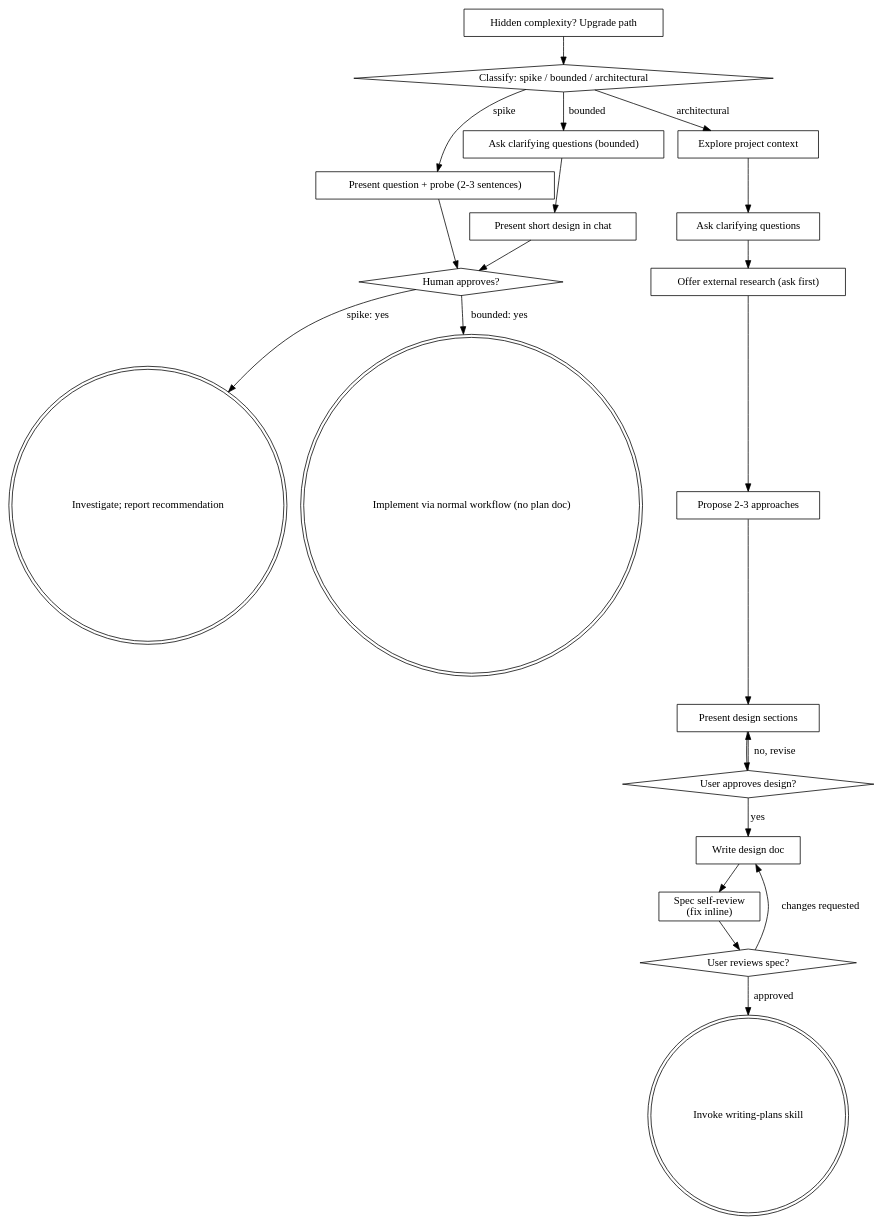
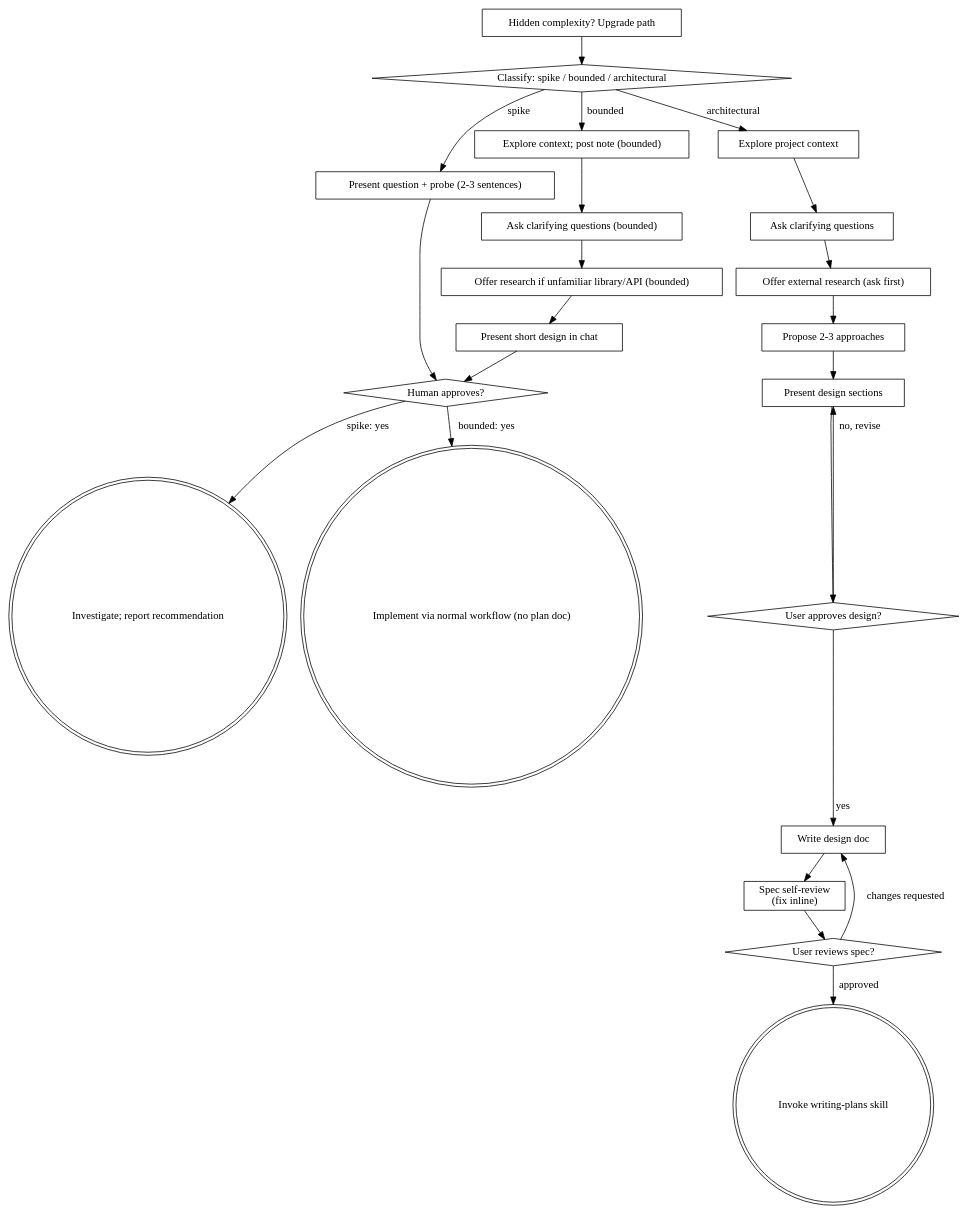
The diagram in skills/brainstorming/SKILL.md (phuongddx/text2prod), drawn with Graphviz before and after one commit. The commit also changed other lines of this file and 1 other file, not shown here.

Commit message:
Clarify brainstorming scope for intent.md, spikes, and the bounded flow

````diff
--- a/skills/brainstorming/SKILL.md
+++ b/skills/brainstorming/SKILL.md
@@ -148,43 +148,47 @@
 ```dot
 digraph brainstorming {
     "Classify: spike / bounded / architectural" [shape=diamond];
     "Present question + probe (2-3 sentences)" [shape=box];
     "Ask clarifying questions (bounded)" [shape=box];
+    "Explore context; post note (bounded)" [shape=box];
+    "Offer research if unfamiliar library/API (bounded)" [shape=box];
     "Present short design in chat" [shape=box];
     "Human approves?" [shape=diamond];
     "Investigate; report recommendation" [shape=doublecircle];
     "Implement via normal workflow (no plan doc)" [shape=doublecircle];
     "Explore project context" [shape=box];
     "Ask clarifying questions" [shape=box];
     "Offer external research (ask first)" [shape=box];
     "Propose 2-3 approaches" [shape=box];
     "Present design sections" [shape=box];
     "User approves design?" [shape=diamond];
     "Write design doc" [shape=box];
     "Spec self-review\n(fix inline)" [shape=box];
     "User reviews spec?" [shape=diamond];
     "Invoke writing-plans skill" [shape=doublecircle];
     "Hidden complexity? Upgrade path" [shape=box];
 
     "Classify: spike / bounded / architectural" -> "Present question + probe (2-3 sentences)" [label="spike"];
-    "Classify: spike / bounded / architectural" -> "Ask clarifying questions (bounded)" [label="bounded"];
+    "Classify: spike / bounded / architectural" -> "Explore context; post note (bounded)" [label="bounded"];
+    "Explore context; post note (bounded)" -> "Ask clarifying questions (bounded)";
     "Classify: spike / bounded / architectural" -> "Explore project context" [label="architectural"];
     "Present question + probe (2-3 sentences)" -> "Human approves?";
-    "Ask clarifying questions (bounded)" -> "Present short design in chat";
+    "Ask clarifying questions (bounded)" -> "Offer research if unfamiliar library/API (bounded)";
+    "Offer research if unfamiliar library/API (bounded)" -> "Present short design in chat";
     "Present short design in chat" -> "Human approves?";
     "Human approves?" -> "Investigate; report recommendation" [label="spike: yes"];
     "Human approves?" -> "Implement via normal workflow (no plan doc)" [label="bounded: yes"];
     "Hidden complexity? Upgrade path" -> "Classify: spike / bounded / architectural";
     "Explore project context" -> "Ask clarifying questions";
     "Ask clarifying questions" -> "Offer external research (ask first)";
     "Offer external research (ask first)" -> "Propose 2-3 approaches";
     "Propose 2-3 approaches" -> "Present design sections";
     "Present design sections" -> "User approves design?";
     "User approves design?" -> "Present design sections" [label="no, revise"];
     "User approves design?" -> "Write design doc" [label="yes"];
     "Write design doc" -> "Spec self-review\n(fix inline)";
     "Spec self-review\n(fix inline)" -> "User reviews spec?";
     "User reviews spec?" -> "Write design doc" [label="changes requested"];
     "User reviews spec?" -> "Invoke writing-plans skill" [label="approved"];
 }
 ```
````
